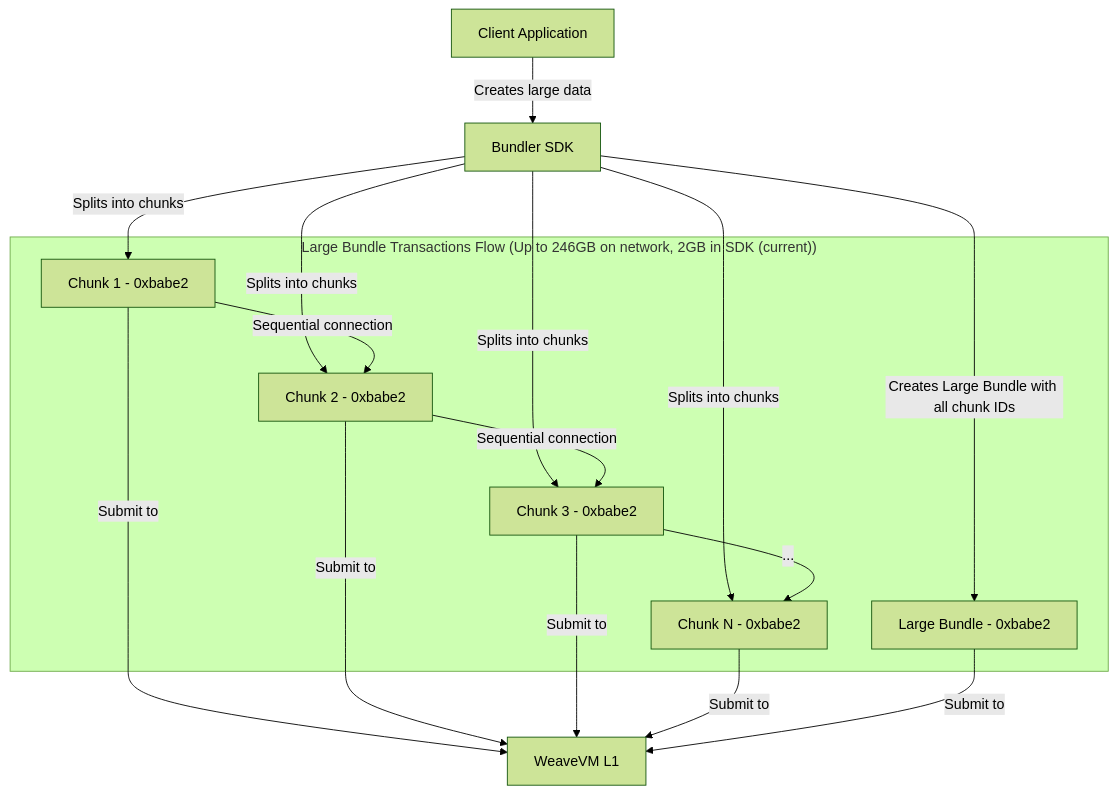
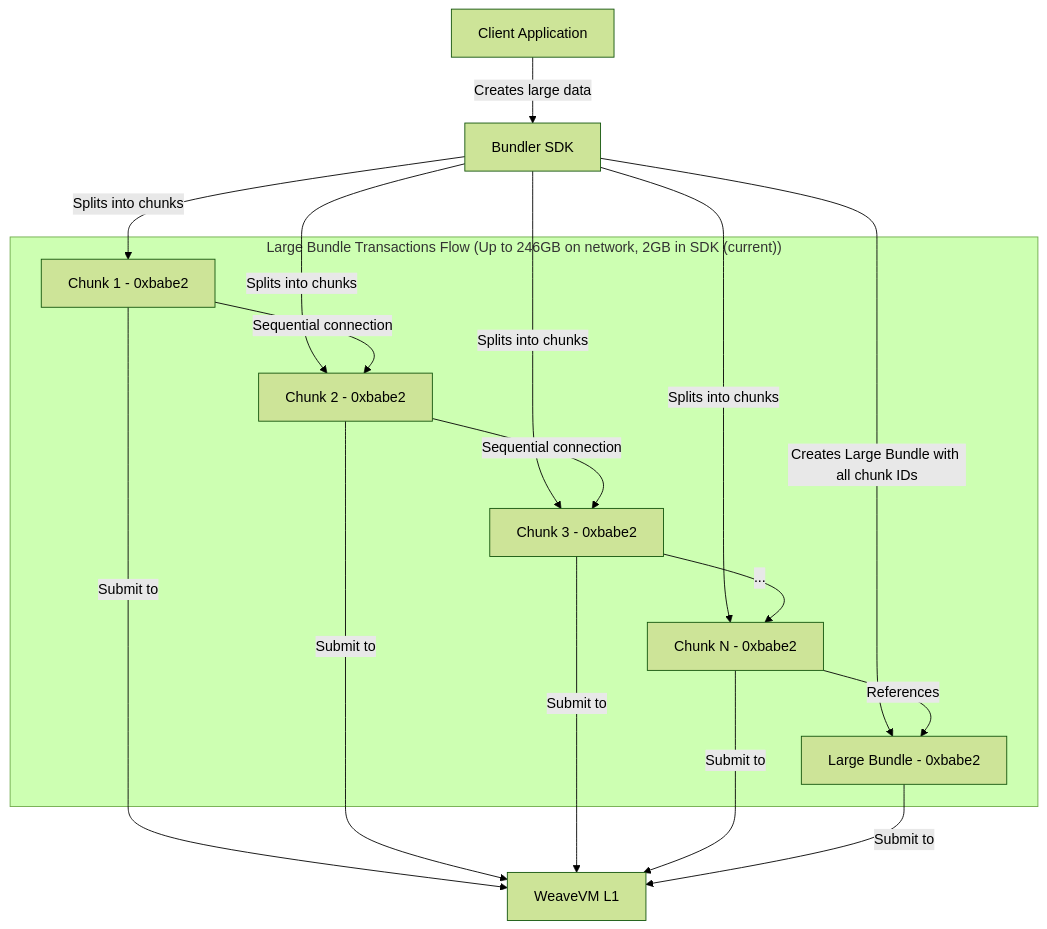
One commit to weaveVM/bundler changed the third of 3 diagrams in README.md. Above: the diagram before and after it, drawn with Mermaid (forest theme). The commit also changed other lines of this file, not shown here.

Commit message:
docs: fix mermaid

````diff
--- a/README.md
+++ b/README.md
@@ -189,28 +189,30 @@
 ```mermaid
 graph TD
     Client[Client Application] --> |Creates large data| Bundler[Bundler SDK]
     Bundler --> |Splits into chunks| Chunk1[Chunk 1 - 0xbabe2]
     Bundler --> |Splits into chunks| Chunk2[Chunk 2 - 0xbabe2]
     Bundler --> |Splits into chunks| Chunk3[Chunk 3 - 0xbabe2]
     Bundler --> |Splits into chunks| ChunkN[Chunk N - 0xbabe2]
     
     Chunk1 --> |Sequential connection| Chunk2
     Chunk2 --> |Sequential connection| Chunk3
     Chunk3 --> |...| ChunkN
     
     Chunk1 --> |Submit to| WeaveVML1[WeaveVM L1]
     Chunk2 --> |Submit to| WeaveVML1
     Chunk3 --> |Submit to| WeaveVML1
     ChunkN --> |Submit to| WeaveVML1
     
     Bundler --> |Creates Large Bundle with all chunk IDs| RefBundle[Large Bundle - 0xbabe2]
     RefBundle --> |Submit to| WeaveVML1
     
+    ChunkN --> |References| RefBundle
+    
     subgraph "Large Bundle Transactions Flow (Up to 246GB on network, 2GB in SDK (current))"
         Chunk1
         Chunk2
         Chunk3
         ChunkN
         RefBundle
     end
 ```
````
